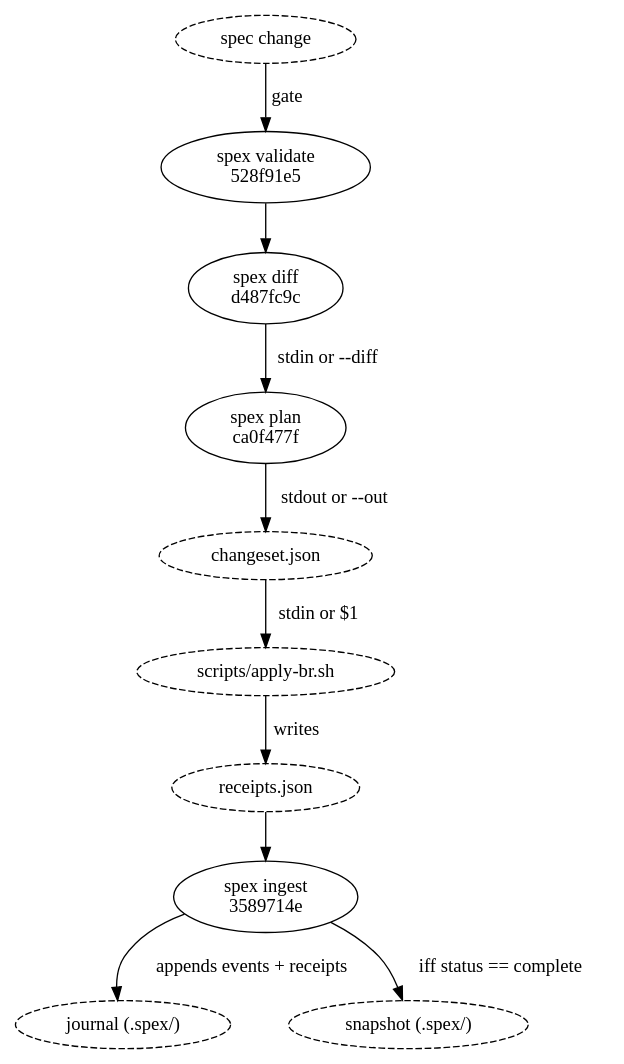
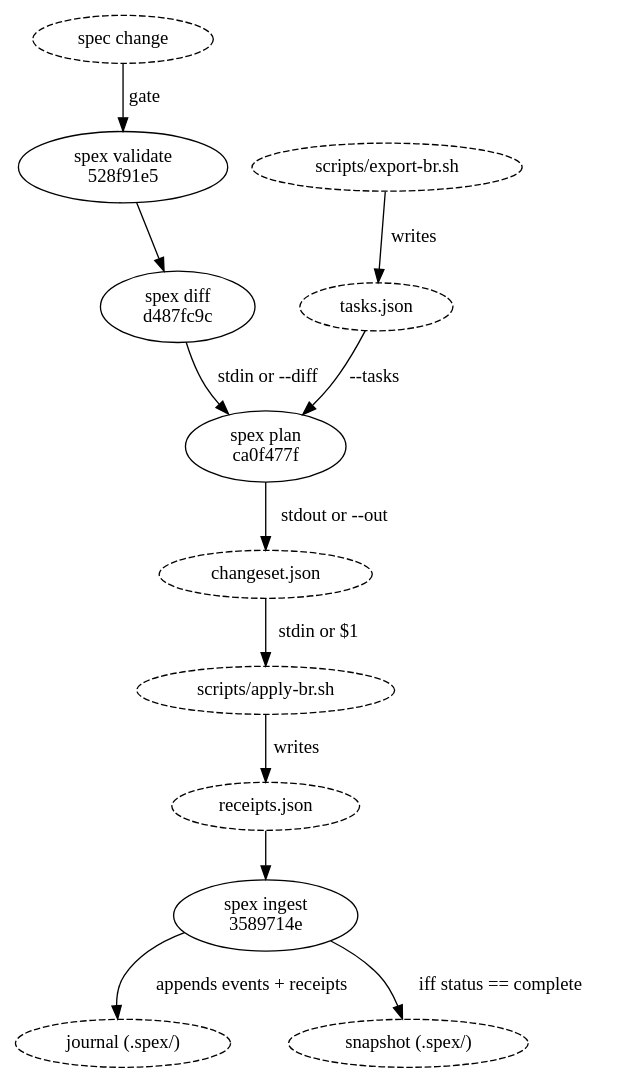
Before and after one commit to dmitriyb/spexmachina: the first of 2 diagrams in spec/plan/flow_plan.md, drawn with Graphviz. The commit also changed other lines of this file and 69 other files, not shown here.

Commit message:
Task lifecycle: plan decides create, close or retarget from a bounded task-state artifact, changeset v4 and receipts v2 speak tasks, and the corpus retires the tracker's noun

````diff
--- a/spec/plan/flow_plan.md
+++ b/spec/plan/flow_plan.md
@@ -15,24 +21,28 @@
 ```dot
 digraph plan_position {
-    "spec change"         [style=dashed];
-    "528f91e5fb7d"        [label="spex validate\n528f91e5"];
-    "d487fc9c4fa5"        [label="spex diff\nd487fc9c"];
-    "ca0f477fdded"        [label="spex plan\nca0f477f"];
-    "changeset.json"      [style=dashed];
-    "scripts/apply-br.sh" [style=dashed];
-    "receipts.json"       [style=dashed];
-    "3589714e50f8"        [label="spex ingest\n3589714e"];
-    "journal (.spex/)"    [style=dashed];
-    "snapshot (.spex/)"   [style=dashed];
+    "spec change"          [style=dashed];
+    "528f91e5fb7d"         [label="spex validate\n528f91e5"];
+    "d487fc9c4fa5"         [label="spex diff\nd487fc9c"];
+    "scripts/export-br.sh" [style=dashed];
+    "tasks.json"           [style=dashed];
+    "ca0f477fdded"         [label="spex plan\nca0f477f"];
+    "changeset.json"       [style=dashed];
+    "scripts/apply-br.sh"  [style=dashed];
+    "receipts.json"        [style=dashed];
+    "3589714e50f8"         [label="spex ingest\n3589714e"];
+    "journal (.spex/)"     [style=dashed];
+    "snapshot (.spex/)"    [style=dashed];
 
-    "spec change"         -> "528f91e5fb7d"        [label="gate"];
-    "528f91e5fb7d"        -> "d487fc9c4fa5";
-    "d487fc9c4fa5"        -> "ca0f477fdded"        [label="stdin or --diff"];
-    "ca0f477fdded"        -> "changeset.json"      [label="stdout or --out"];
-    "changeset.json"      -> "scripts/apply-br.sh" [label="stdin or $1"];
-    "scripts/apply-br.sh" -> "receipts.json"       [label="writes"];
-    "receipts.json"       -> "3589714e50f8";
-    "3589714e50f8"        -> "journal (.spex/)"    [label="appends events + receipts"];
-    "3589714e50f8"        -> "snapshot (.spex/)"   [label="iff status == complete"];
+    "spec change"          -> "528f91e5fb7d"         [label="gate"];
+    "528f91e5fb7d"         -> "d487fc9c4fa5";
+    "d487fc9c4fa5"         -> "ca0f477fdded"         [label="stdin or --diff"];
+    "scripts/export-br.sh" -> "tasks.json"           [label="writes"];
+    "tasks.json"           -> "ca0f477fdded"         [label="--tasks"];
+    "ca0f477fdded"         -> "changeset.json"       [label="stdout or --out"];
+    "changeset.json"       -> "scripts/apply-br.sh"  [label="stdin or $1"];
+    "scripts/apply-br.sh"  -> "receipts.json"        [label="writes"];
+    "receipts.json"        -> "3589714e50f8";
+    "3589714e50f8"         -> "journal (.spex/)"     [label="appends events + receipts"];
+    "3589714e50f8"         -> "snapshot (.spex/)"    [label="iff status == complete"];
 }
 ```
````
